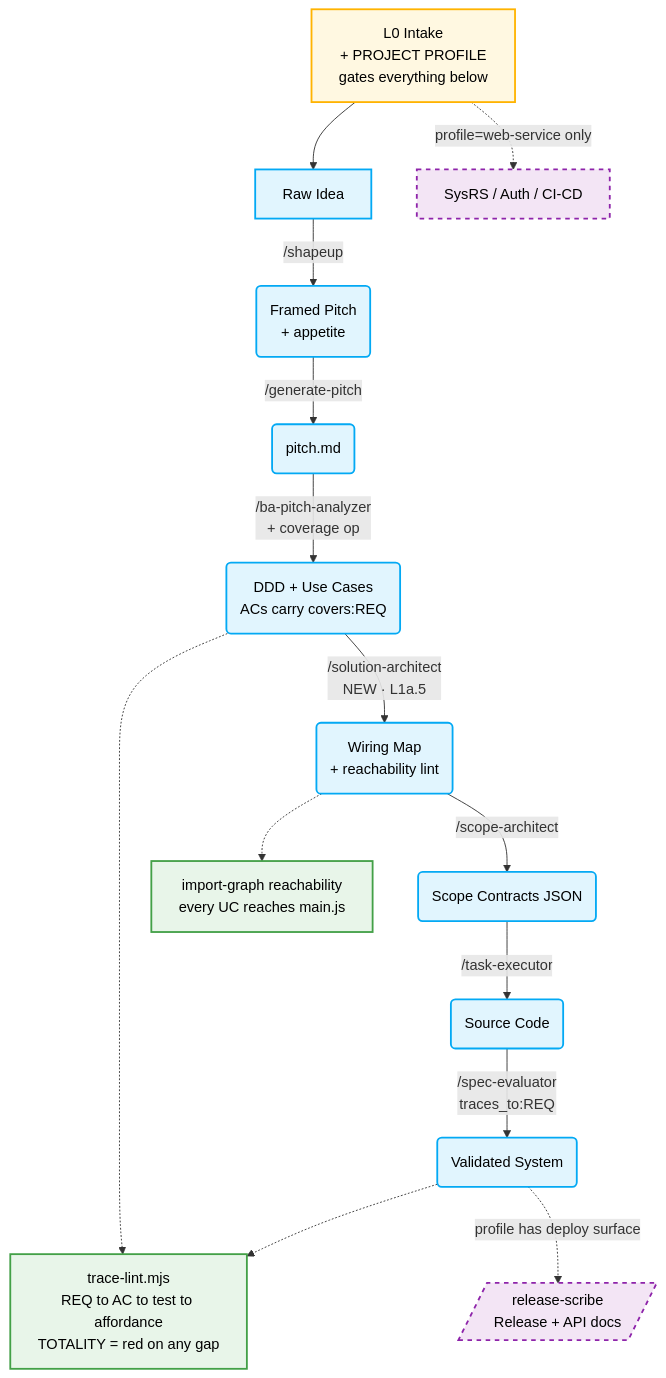
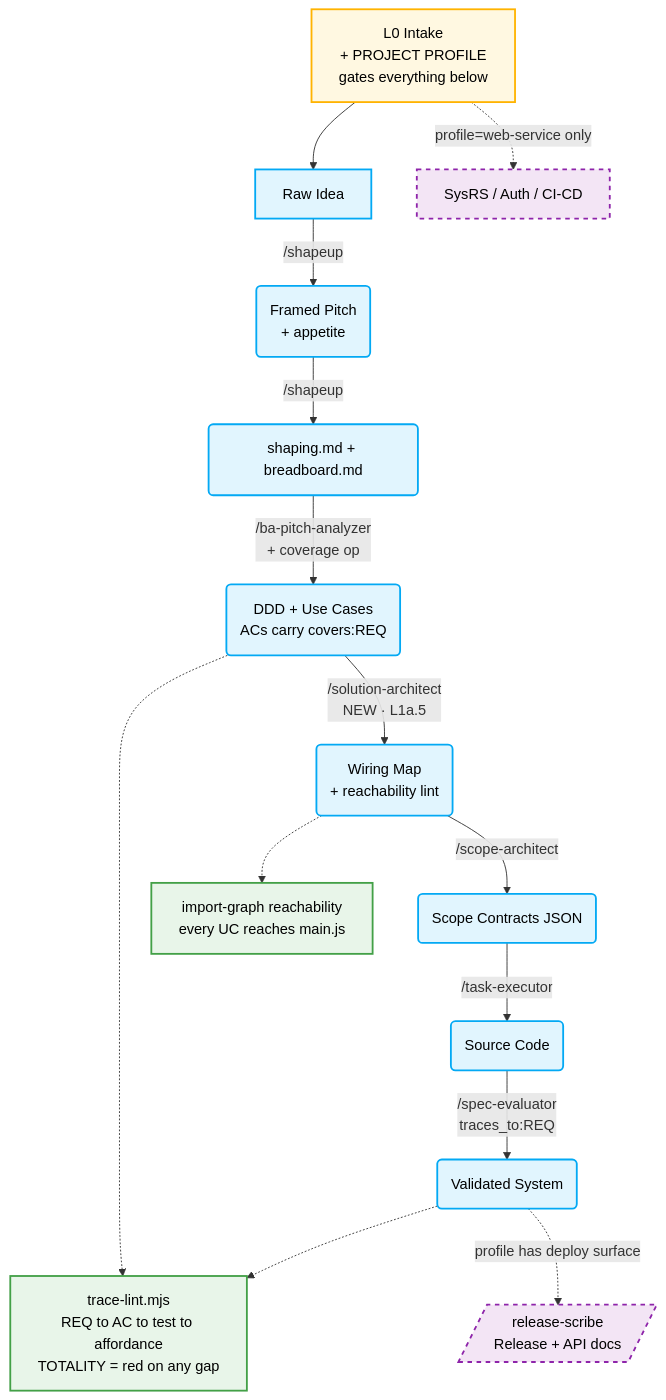
One commit to nguyenvanphituoc/shapeup-sdlc-plugin changed the diagram in docs/internal/research/workflow-gap-redesign.md. Above: the diagram before and after it, drawn with Mermaid. The commit also changed 2 other files, not shown here.

Commit message:
wf-migration(docs): Phase 1 pitch artifacts redesign

````diff
--- a/docs/internal/research/workflow-gap-redesign.md
+++ b/docs/internal/research/workflow-gap-redesign.md
@@ -115,34 +115,34 @@
 ```mermaid
 graph TD
     classDef shapeup fill:#e1f5fe,stroke:#03a9f4,stroke-width:2px,color:#000;
     classDef gate fill:#fff8e1,stroke:#ffb300,stroke-width:2px,color:#000;
     classDef oracle fill:#e8f5e9,stroke:#43a047,stroke-width:2px,color:#000;
     classDef gated fill:#f3e5f5,stroke:#8e24aa,stroke-width:2px,stroke-dasharray: 5 5,color:#000;
 
     L0[L0 Intake<br/>+ PROJECT PROFILE<br/>gates everything below]:::gate
 
     A[Raw Idea] -->|/shapeup| B(Framed Pitch<br/>+ appetite)
-    B -->|/generate-pitch| P(pitch.md)
+    B -->|/shapeup| P(shaping.md + breadboard.md)
     P -->|/ba-pitch-analyzer<br/>+ coverage op| C(DDD + Use Cases<br/>ACs carry covers:REQ)
     C -->|/solution-architect<br/>NEW · L1a.5| SA(Wiring Map<br/>+ reachability lint)
     SA -->|/scope-architect| D(Scope Contracts JSON)
     D -->|/task-executor| E(Source Code)
     E -->|/spec-evaluator<br/>traces_to:REQ| F(Validated System)
 
     L0 --> A
 
     TRACE[trace-lint.mjs<br/>REQ to AC to test to affordance<br/>TOTALITY = red on any gap]:::oracle
     REACH[import-graph reachability<br/>every UC reaches main.js]:::oracle
 
     C -.-> TRACE
     F -.-> TRACE
     SA -.-> REACH
 
     SysRS[SysRS / Auth / CI-CD]:::gated
     OpDoc[/release-scribe<br/>Release + API docs/]:::gated
     L0 -. profile=web-service only .-> SysRS
     F -. profile has deploy surface .-> OpDoc
 
     class A,B,P,C,D,E,F shapeup;
     class SA shapeup;
 ```
````
